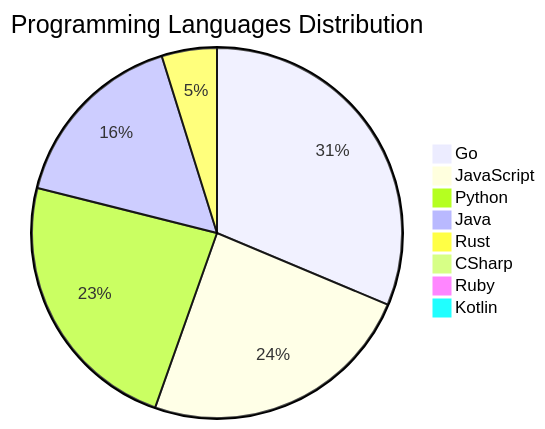
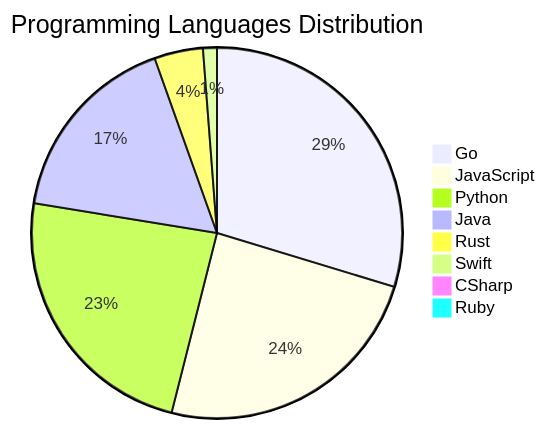
The diagram in README.md (Derrick-MUGISHA/github-activity-bot), drawn with Mermaid before and after one commit. The commit also changed other lines of this file and 4 other files, not shown here.

````diff
--- a/README.md
+++ b/README.md
@@ -209,11 +209,11 @@
 ```mermaid
 pie title Programming Languages Distribution
-    "Go" : 52
+    "Go" : 49
     "JavaScript" : 40
     "Python" : 39
-    "Java" : 27
-    "Rust" : 8
+    "Java" : 28
+    "Rust" : 7
+    "Swift" : 2
     "CSharp" : 1
     "Ruby" : 1
-    "Kotlin" : 1
 ```
````
